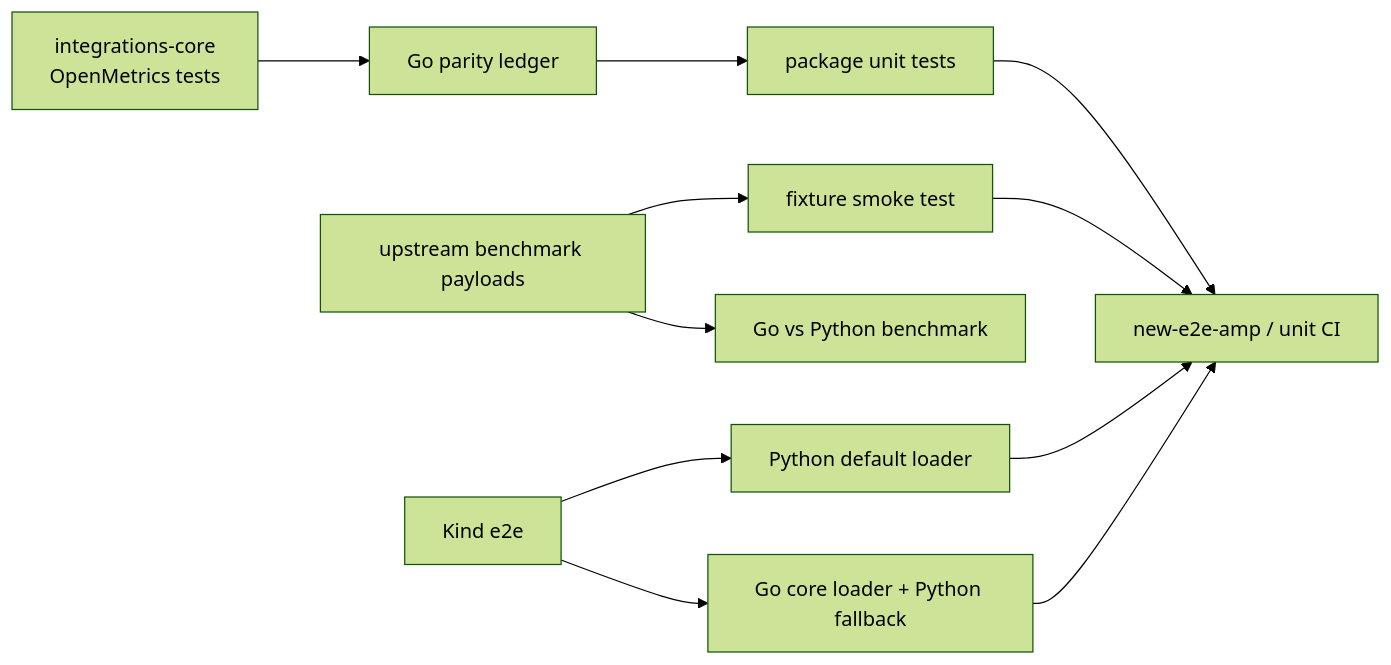
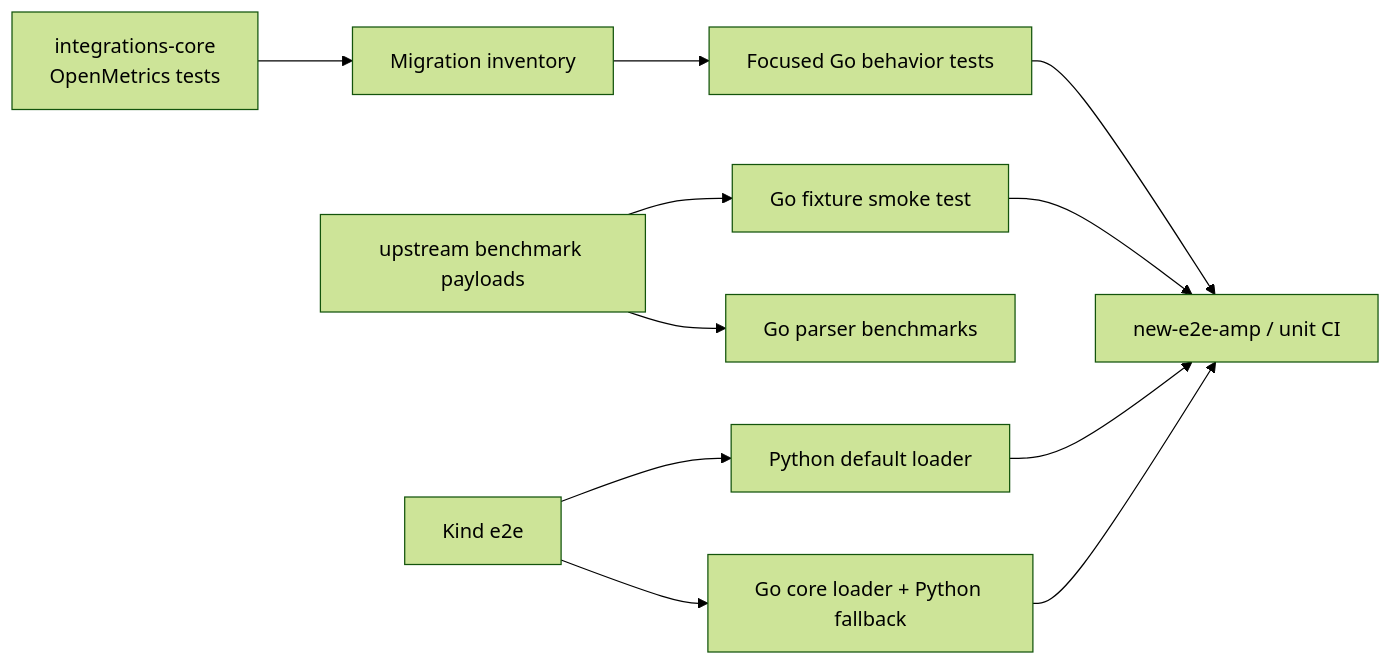
Before and after one commit to DataDog/datadog-agent: the second of 2 diagrams in pkg/collector/corechecks/openmetrics/README.md, drawn with Mermaid (forest theme). The commit also changed other lines of this file and 7 other files, not shown here.

Commit message:
Harden OpenMetrics migration compatibility

````diff
--- a/pkg/collector/corechecks/openmetrics/README.md
+++ b/pkg/collector/corechecks/openmetrics/README.md
@@ -52,13 +52,13 @@
 ```mermaid
 flowchart LR
-    Upstream[integrations-core<br/>OpenMetrics tests] --> Ledger[Go parity ledger]
-    Ledger --> Unit[package unit tests]
-    Fixtures[upstream benchmark payloads] --> Smoke[fixture smoke test]
-    Fixtures --> Bench[Go vs Python benchmark]
+    Upstream[integrations-core<br/>OpenMetrics tests] --> Ledger[Migration inventory]
+    Ledger --> Unit[Focused Go behavior tests]
+    Fixtures[upstream benchmark payloads] --> Smoke[Go fixture smoke test]
+    Fixtures --> Bench[Go parser benchmarks]
     Kind[Kind e2e] --> Default[Python default loader]
     Kind --> Core[Go core loader + Python fallback]
     Unit --> CI[new-e2e-amp / unit CI]
     Smoke --> CI
     Default --> CI
     Core --> CI
 ```
````
